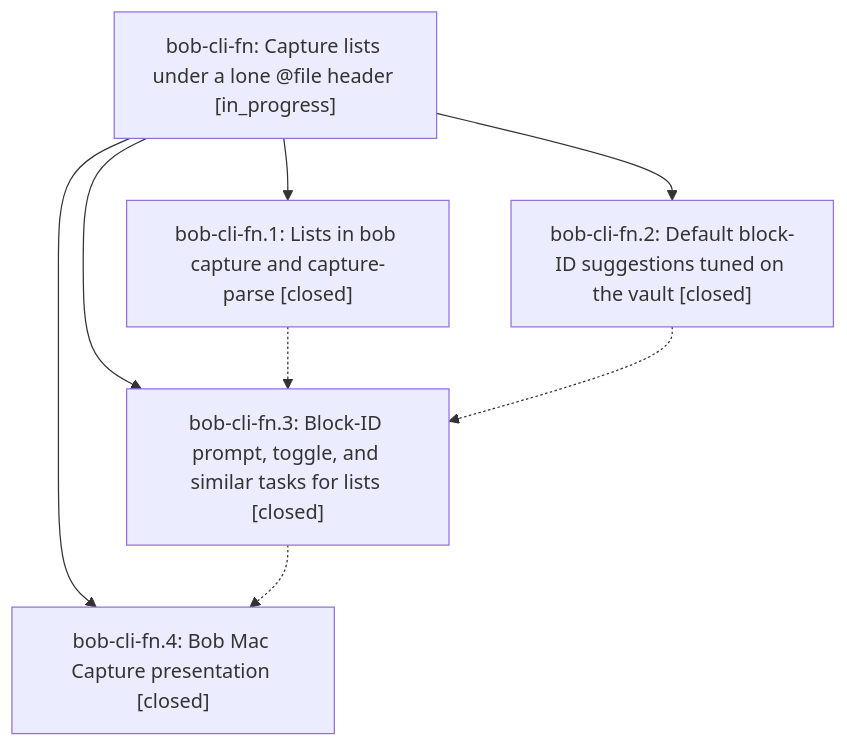
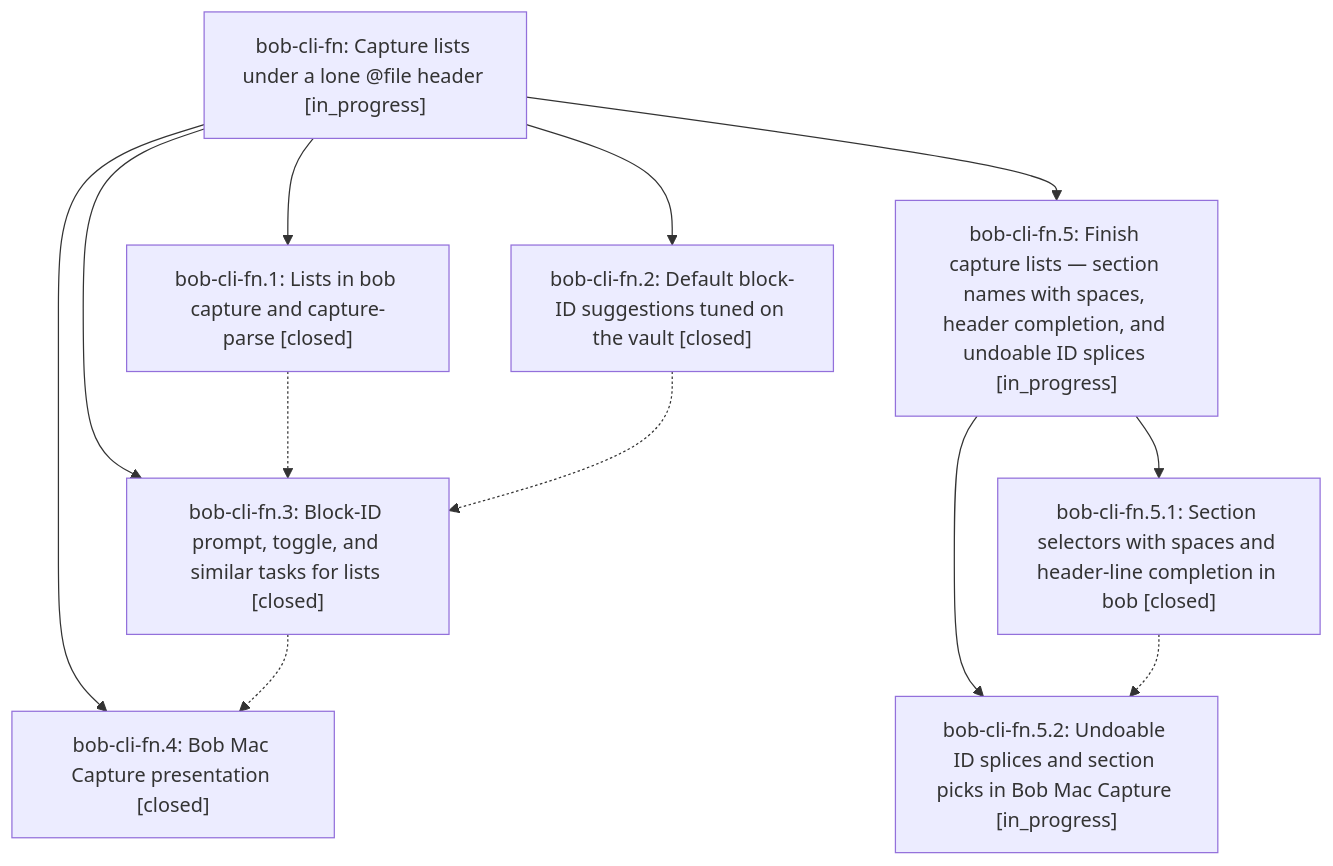
The diagram in pages/bob-cli-fn/README.md (bobs-org/bob-cli--beads), drawn with Mermaid before and after one commit. The commit also changed other lines of this file and 4 other files, not shown here.

First line of the commit message:
chore(beads): sync bead state and pages for bob-cli-fn

````diff
--- a/pages/bob-cli-fn/README.md
+++ b/pages/bob-cli-fn/README.md
@@ -49,15 +61,22 @@
 ```mermaid
 flowchart TD
     n0["bob-cli-fn: Capture lists under a lone @file header [in_progress]"]
     n1["bob-cli-fn.1: Lists in bob capture and capture-parse [closed]"]
     n2["bob-cli-fn.2: Default block-ID suggestions tuned on the vault [closed]"]
     n3["bob-cli-fn.3: Block-ID prompt, toggle, and similar tasks for lists [closed]"]
     n4["bob-cli-fn.4: Bob Mac Capture presentation [closed]"]
+    n5["bob-cli-fn.5: Finish capture lists — section names with spaces, header completion, and undoable ID splices [in_progress]"]
+    n6["bob-cli-fn.5.1: Section selectors with spaces and header-line completion in bob [closed]"]
+    n7["bob-cli-fn.5.2: Undoable ID splices and section picks in Bob Mac Capture [in_progress]"]
     n0 --> n1
     n0 --> n2
     n0 --> n3
     n0 --> n4
+    n0 --> n5
+    n5 --> n6
+    n5 --> n7
     n1 -.-> n3
     n2 -.-> n3
     n3 -.-> n4
+    n6 -.-> n7
 ```
````
